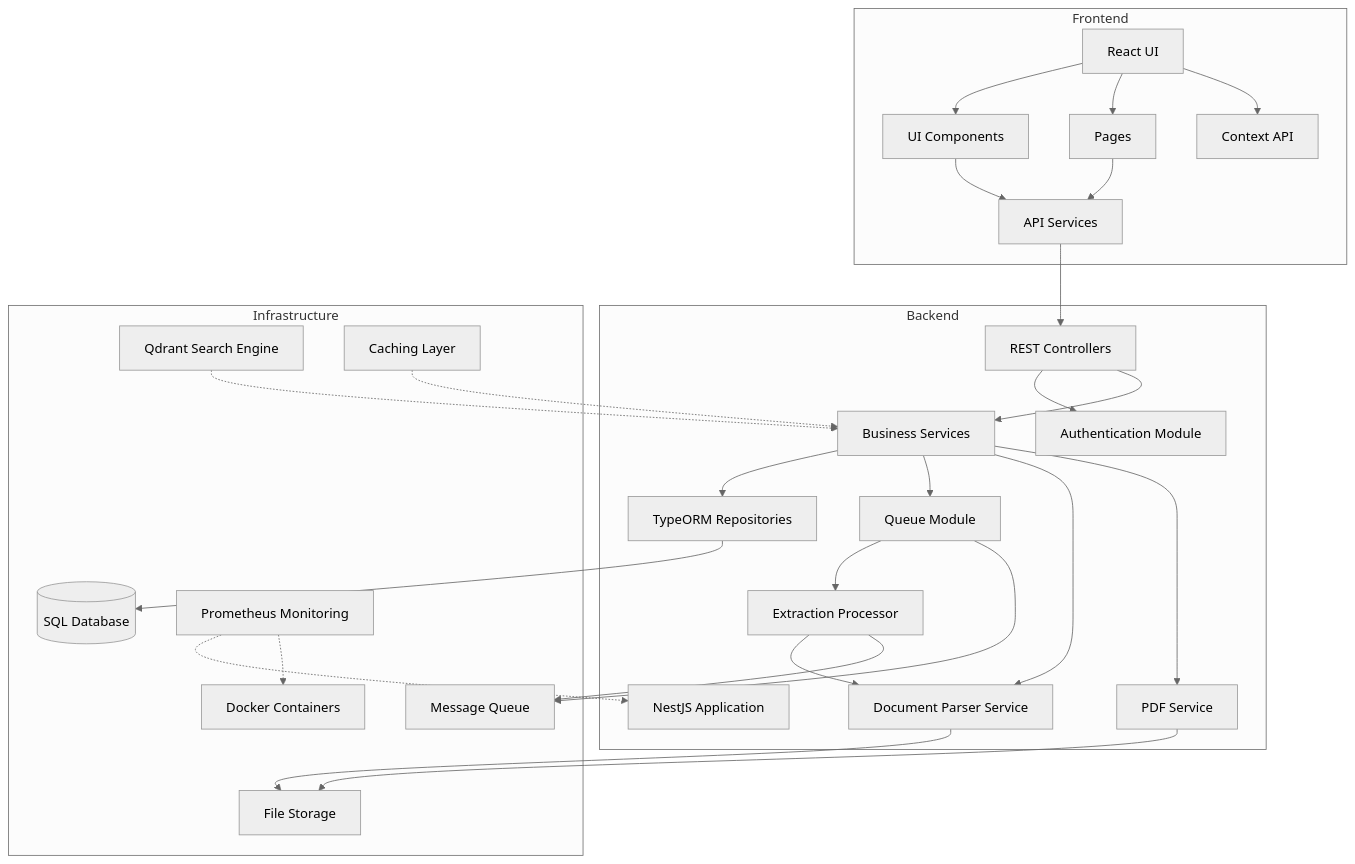
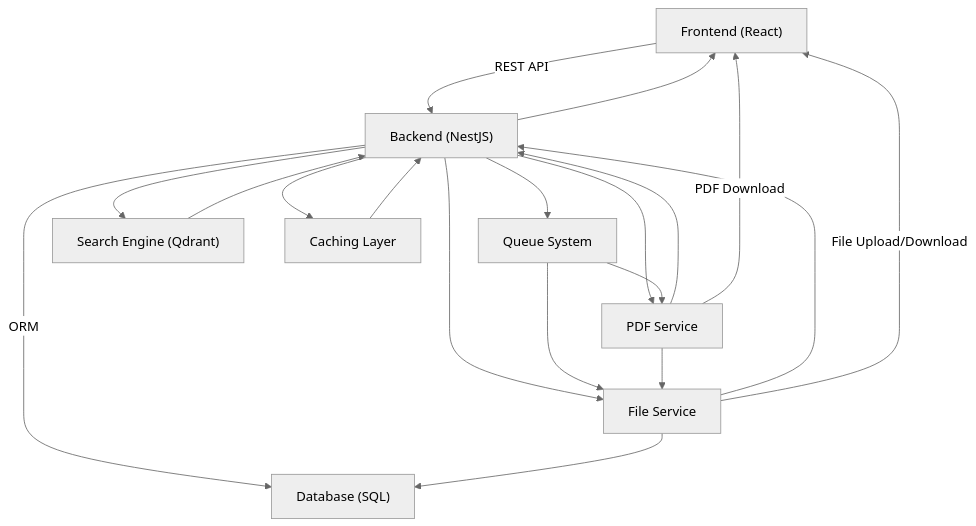
Before and after one commit to LinhDangDev/Bank_Question_Cloud: the first of 23 diagrams in project_documentation.md, drawn with Mermaid (neutral theme). The commit also changed other lines of this file and 57 other files, not shown here.

````diff
--- a/project_documentation.md
+++ b/project_documentation.md
@@ -30,60 +36,30 @@
 ```mermaid
 flowchart TB
-    subgraph "Frontend"
-        UI["React UI"]
-        Components["UI Components"]
-        Pages["Pages"]
-        Context["Context API"]
-        APIService["API Services"]
-    end
+    Client["Frontend (React)"]
+    API["Backend (NestJS)"]
+    DB["Database (SQL)"]
+    Queue["Queue System"]
+    FileService["File Service"]
+    PDFService["PDF Service"]
+    Search["Search Engine (Qdrant)"]
+    Cache["Caching Layer"]
 
-    subgraph "Backend"
-        NestJS["NestJS Application"]
-        Auth["Authentication Module"]
-        Controllers["REST Controllers"]
-        Services["Business Services"]
-        Repositories["TypeORM Repositories"]
-        Queue["Queue Module"]
-        DocxParser["Document Parser Service"]
-        PDFService["PDF Service"]
-        ExtractProcessor["Extraction Processor"]
-    end
-
-    subgraph "Infrastructure"
-        Database[(SQL Database)]
-        FileStorage["File Storage"]
-        MessageQueue["Message Queue"]
-        Docker["Docker Containers"]
-        Monitoring["Prometheus Monitoring"]
-        Search["Qdrant Search Engine"]
-        Caching["Caching Layer"]
-    end
-
-    UI --> Components
-    UI --> Pages
-    UI --> Context
-    Pages --> APIService
-    Components --> APIService
-
-    APIService --> Controllers
-    Controllers --> Auth
-    Controllers --> Services
-    Services --> Repositories
-    Services --> Queue
-    Services --> DocxParser
-    Services --> PDFService
-    Queue --> ExtractProcessor
-    ExtractProcessor --> DocxParser
-
-    Repositories --> Database
-    DocxParser --> FileStorage
-    PDFService --> FileStorage
-    Queue --> MessageQueue
-    ExtractProcessor --> MessageQueue
-
-    Monitoring -.-> NestJS
-    Monitoring -.-> Docker
-
-    Search -.-> Services
-    Caching -.-> Services
+    Client -->|REST API| API
+    API -->|ORM| DB
+    API --> Queue
+    API --> FileService
+    API --> PDFService
+    API --> Search
+    API --> Cache
+    Queue --> FileService
+    Queue --> PDFService
+    FileService --> DB
+    PDFService --> FileService
+    FileService --> API
+    PDFService --> API
+    Search --> API
+    Cache --> API
+    API --> Client
+    FileService -->|File Upload/Download| Client
+    PDFService -->|PDF Download| Client
 ```
````
